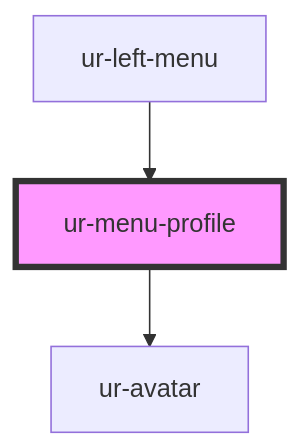
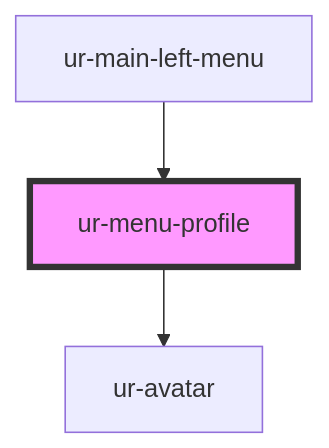
Before and after one commit to hellish/urnovl-web-components: the diagram in src/components/ur-menu-profile/readme.md, drawn with Mermaid. The commit also changed other lines of this file and 86 other files, not shown here.

````diff
--- a/src/components/ur-menu-profile/readme.md
+++ b/src/components/ur-menu-profile/readme.md
@@ -28,6 +28,6 @@
 ```mermaid
 graph TD;
   ur-menu-profile --> ur-avatar
-  ur-left-menu --> ur-menu-profile
+  ur-main-left-menu --> ur-menu-profile
   style ur-menu-profile fill:#f9f,stroke:#333,stroke-width:4px
 ```
````
